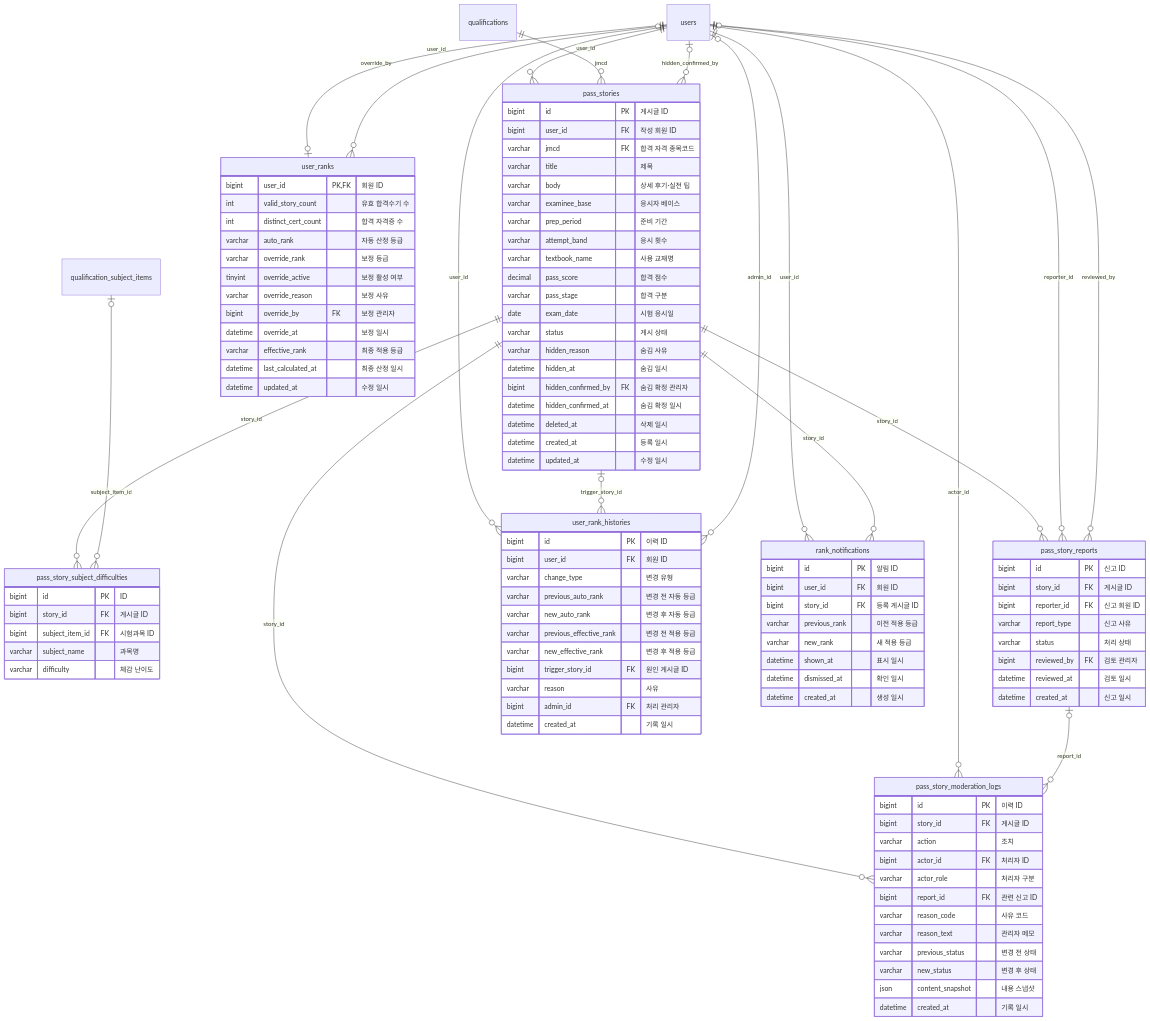
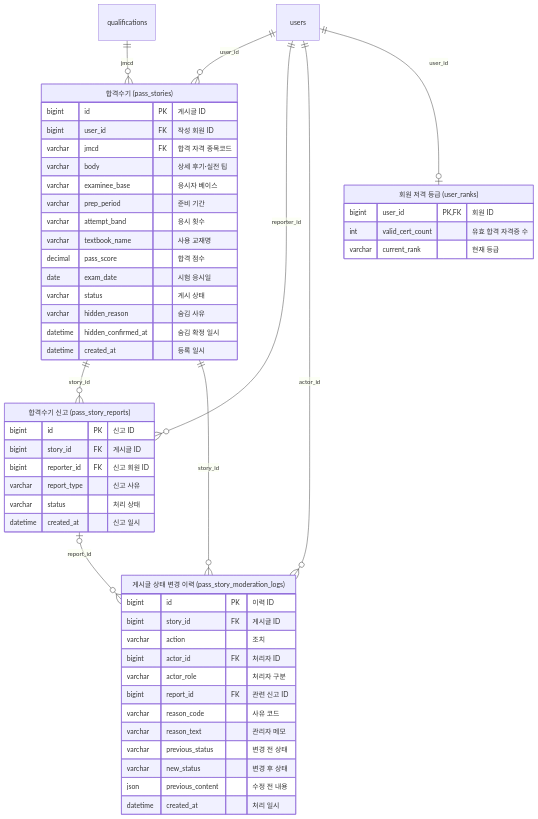
Before and after one commit to team-ap-cert-sniper/cert-sniper: the sixth of 7 diagrams in docs/ERD.md, drawn with Mermaid. The commit also changed other lines of this file and 29 other files, not shown here.

Commit message:
DB 설계서 업데이트: 스키아- ERD - 플로우차트 - etl - README

````diff
--- a/docs/ERD.md
+++ b/docs/ERD.md
@@ -492,45 +358,30 @@
 ```mermaid
 erDiagram
-    pass_stories {
+    pass_stories["합격수기 (pass_stories)"] {
         bigint id PK "게시글 ID"
         bigint user_id FK "작성 회원 ID"
         varchar jmcd FK "합격 자격 종목코드"
-        varchar title "제목"
         varchar body "상세 후기·실전 팁"
         varchar examinee_base "응시자 베이스"
         varchar prep_period "준비 기간"
         varchar attempt_band "응시 횟수"
         varchar textbook_name "사용 교재명"
         decimal pass_score "합격 점수"
-        varchar pass_stage "합격 구분"
         date exam_date "시험 응시일"
         varchar status "게시 상태"
         varchar hidden_reason "숨김 사유"
-        datetime hidden_at "숨김 일시"
-        bigint hidden_confirmed_by FK "숨김 확정 관리자"
         datetime hidden_confirmed_at "숨김 확정 일시"
-        datetime deleted_at "삭제 일시"
         datetime created_at "등록 일시"
-        datetime updated_at "수정 일시"
     }
-    pass_story_subject_difficulties {
-        bigint id PK "ID"
-        bigint story_id FK "게시글 ID"
-        bigint subject_item_id FK "시험과목 ID"
-        varchar subject_name "과목명"
-        varchar difficulty "체감 난이도"
-    }
-    pass_story_reports {
+    pass_story_reports["합격수기 신고 (pass_story_reports)"] {
         bigint id PK "신고 ID"
         bigint story_id FK "게시글 ID"
         bigint reporter_id FK "신고 회원 ID"
         varchar report_type "신고 사유"
         varchar status "처리 상태"
-        bigint reviewed_by FK "검토 관리자"
-        datetime reviewed_at "검토 일시"
         datetime created_at "신고 일시"
     }
-    pass_story_moderation_logs {
+    pass_story_moderation_logs["게시글 상태 변경 이력 (pass_story_moderation_logs)"] {
         bigint id PK "이력 ID"
         bigint story_id FK "게시글 ID"
         varchar action "조치"
@@ -541,62 +392,20 @@
         varchar reason_text "관리자 메모"
         varchar previous_status "변경 전 상태"
         varchar new_status "변경 후 상태"
-        json content_snapshot "내용 스냅샷"
-        datetime created_at "기록 일시"
+        json previous_content "수정 전 내용"
+        datetime created_at "처리 일시"
     }
-    user_ranks {
-        bigint user_id PK, FK "회원 ID"
-        int valid_story_count "유효 합격수기 수"
-        int distinct_cert_count "합격 자격증 수"
-        varchar auto_rank "자동 산정 등급"
-        varchar override_rank "보정 등급"
-        tinyint override_active "보정 활성 여부"
-        varchar override_reason "보정 사유"
-        bigint override_by FK "보정 관리자"
-        datetime override_at "보정 일시"
-        varchar effective_rank "최종 적용 등급"
-        datetime last_calculated_at "최종 산정 일시"
-        datetime updated_at "수정 일시"
-    }
-    user_rank_histories {
-        bigint id PK "이력 ID"
-        bigint user_id FK "회원 ID"
-        varchar change_type "변경 유형"
-        varchar previous_auto_rank "변경 전 자동 등급"
-        varchar new_auto_rank "변경 후 자동 등급"
-        varchar previous_effective_rank "변경 전 적용 등급"
-        varchar new_effective_rank "변경 후 적용 등급"
-        bigint trigger_story_id FK "원인 게시글 ID"
-        varchar reason "사유"
-        bigint admin_id FK "처리 관리자"
-        datetime created_at "기록 일시"
-    }
-    rank_notifications {
-        bigint id PK "알림 ID"
-        bigint user_id FK "회원 ID"
-        bigint story_id FK "등록 게시글 ID"
-        varchar previous_rank "이전 적용 등급"
-        varchar new_rank "새 적용 등급"
-        datetime shown_at "표시 일시"
-        datetime dismissed_at "확인 일시"
-        datetime created_at "생성 일시"
+    user_ranks["회원 저격 등급 (user_ranks)"] {
+        bigint user_id PK,FK "회원 ID"
+        int valid_cert_count "유효 합격 자격증 수"
+        varchar current_rank "현재 등급"
     }
     users ||--o{ pass_stories : "user_id"
     qualifications ||--o{ pass_stories : "jmcd"
-    users |o--o{ pass_stories : "hidden_confirmed_by"
-    pass_stories ||--o{ pass_story_subject_difficulties : "story_id"
-    qualification_subject_items |o--o{ pass_story_subject_difficulties : "subject_item_id"
     pass_stories ||--o{ pass_story_reports : "story_id"
     users ||--o{ pass_story_reports : "reporter_id"
-    users |o--o{ pass_story_reports : "reviewed_by"
     pass_stories ||--o{ pass_story_moderation_logs : "story_id"
     users ||--o{ pass_story_moderation_logs : "actor_id"
     pass_story_reports |o--o{ pass_story_moderation_logs : "report_id"
     users ||--o| user_ranks : "user_id"
-    users |o--o{ user_ranks : "override_by"
-    users ||--o{ user_rank_histories : "user_id"
-    pass_stories |o--o{ user_rank_histories : "trigger_story_id"
-    users |o--o{ user_rank_histories : "admin_id"
-    users ||--o{ rank_notifications : "user_id"
-    pass_stories ||--o{ rank_notifications : "story_id"
 ```
````
